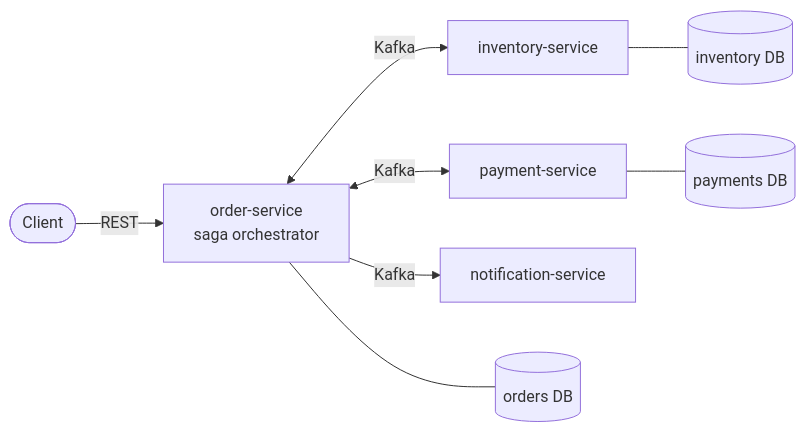
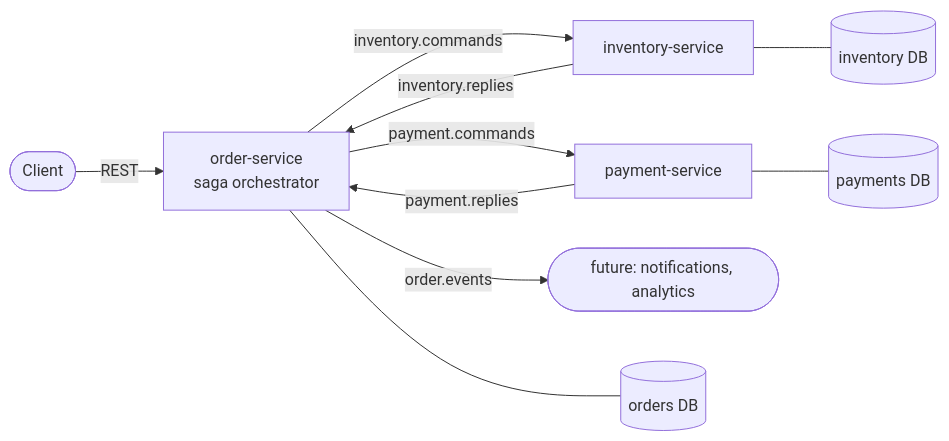
The first of 2 diagrams in README.md (Zeralius/orderflow), drawn with Mermaid before and after one commit. The commit also changed other lines of this file and 58 other files, not shown here.

First line of the commit message:
feat: orchestrated order saga across order, inventory and payment

````diff
--- a/README.md
+++ b/README.md
@@ -9,10 +11,12 @@
 ```mermaid
 flowchart LR
     client([Client]) -->|REST| order[order-service<br/>saga orchestrator]
-    order <-->|Kafka| inventory[inventory-service]
-    order <-->|Kafka| payment[payment-service]
-    order -->|Kafka| notification[notification-service]
+    order -->|inventory.commands| inventory[inventory-service]
+    inventory -->|inventory.replies| order
+    order -->|payment.commands| payment[payment-service]
+    payment -->|payment.replies| order
+    order -->|order.events| consumers([future: notifications, analytics])
     order --- odb[(orders DB)]
     inventory --- idb[(inventory DB)]
     payment --- pdb[(payments DB)]
 ```
````
